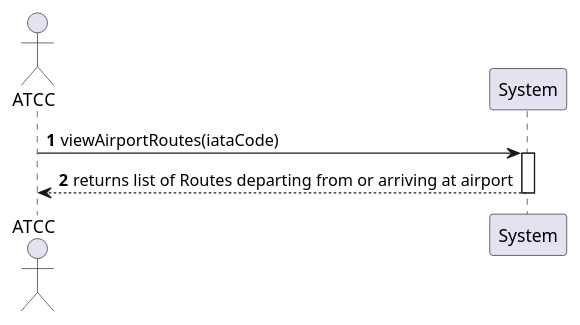
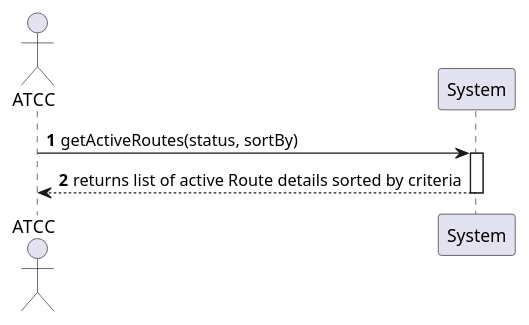
The diagram in docs/system-documentation/use-cases/WP3B/US215/puml/ssd_us215.puml (VascoMagolo/psoft_1231562_1241692_1242036_2db), drawn with PlantUML before and after one commit. The commit also changed 56 other files, not shown here.

```diff
--- a/docs/system-documentation/use-cases/WP3B/US215/puml/ssd_us215.puml
+++ b/docs/system-documentation/use-cases/WP3B/US215/puml/ssd_us215.puml
@@ -1,10 +1,10 @@
 @startuml
 autonumber
-actor "ATCC" as ATCC
+actor "ATCC" as BO
 participant "System" as Sys
 
-ATCC -> Sys : viewAirportRoutes(iataCode)
+BO -> Sys : getActiveRoutes(status, sortBy)
 activate Sys
-Sys --> ATCC : returns list of Routes departing from or arriving at airport
+Sys --> BO : returns list of active Route details sorted by criteria
 deactivate Sys
 @enduml
```
